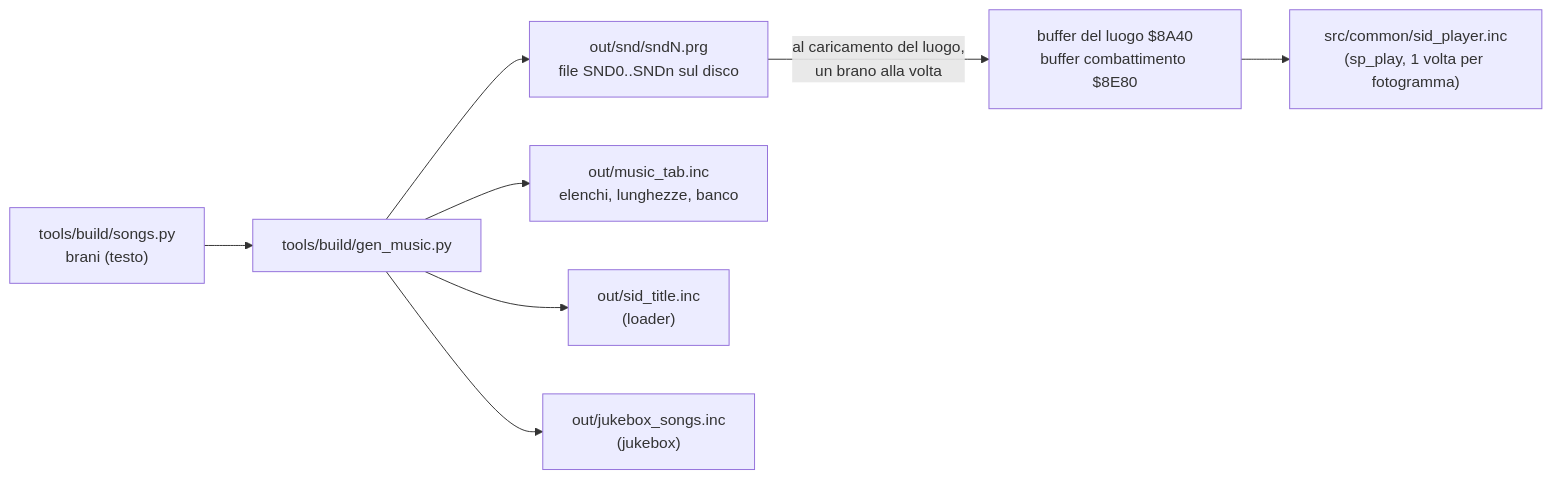
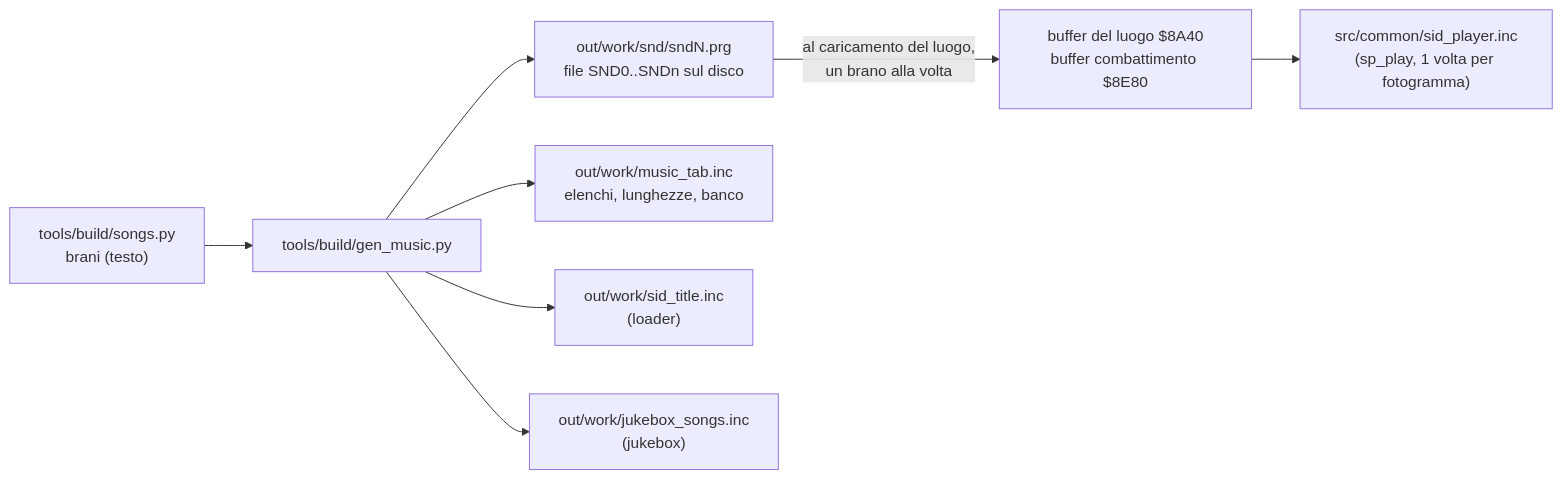
The diagram in docs/musica.md (caporalesimone/barbarian-the-blood-path), drawn with Mermaid before and after one commit. The commit also changed other lines of this file and 121 other files, not shown here.

First line of the commit message:
Build: intermedi in out/work/, cache in out/cache/ (v1.244)

````diff
--- a/docs/musica.md
+++ b/docs/musica.md
@@ -28,10 +28,10 @@
 ```mermaid
 flowchart LR
     S["tools/build/songs.py<br/>brani (testo)"] --> G["tools/build/gen_music.py"]
-    G --> F["out/snd/sndN.prg<br/>file SND0..SNDn sul disco"]
-    G --> T["out/music_tab.inc<br/>elenchi, lunghezze, banco"]
-    G --> L["out/sid_title.inc<br/>(loader)"]
-    G --> J["out/jukebox_songs.inc<br/>(jukebox)"]
+    G --> F["out/work/snd/sndN.prg<br/>file SND0..SNDn sul disco"]
+    G --> T["out/work/music_tab.inc<br/>elenchi, lunghezze, banco"]
+    G --> L["out/work/sid_title.inc<br/>(loader)"]
+    G --> J["out/work/jukebox_songs.inc<br/>(jukebox)"]
     F -->|"al caricamento del luogo,<br/>un brano alla volta"| B1["buffer del luogo $8A40<br/>buffer combattimento $8E80"]
     B1 --> P["src/common/sid_player.inc<br/>(sp_play, 1 volta per fotogramma)"]
 ```
````
